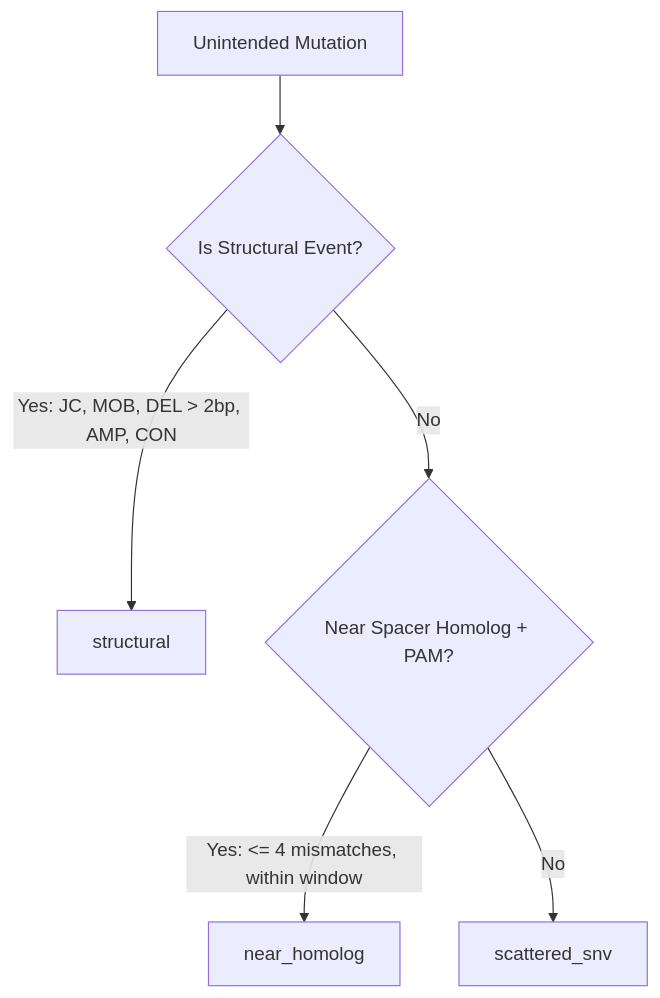
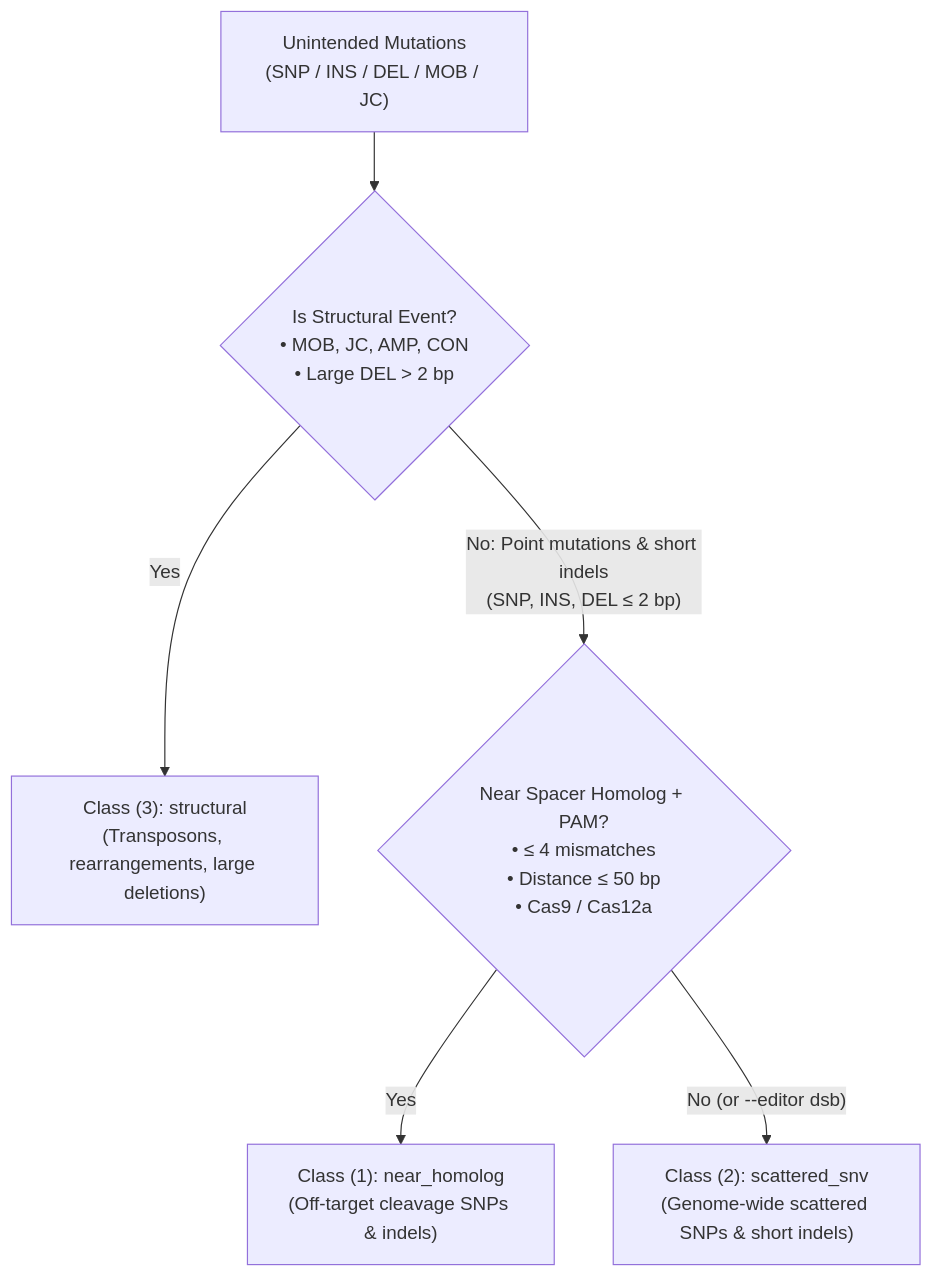
Before and after one commit to Caizhaohui/ProkaDiff: the diagram in README.md, drawn with Mermaid. The commit also changed other lines of this file and 1 other file, not shown here.

Commit message:
docs: clarify mutation typing (SNP/indels) vs classification logic in README

````diff
--- a/README.md
+++ b/README.md
@@ -201,8 +220,8 @@
 ```mermaid
 graph TD
-    A[Unintended Mutation] --> B{Is Structural Event?}
-    B -- Yes: JC, MOB, DEL > 2bp, AMP, CON --> C[structural]
-    B -- No --> D{Near Spacer Homolog + PAM?}
-    D -- Yes: <= 4 mismatches, within window --> E[near_homolog]
-    D -- No --> F[scattered_snv]
+    A["Unintended Mutations<br/>(SNP / INS / DEL / MOB / JC)"] --> B{"Is Structural Event?<br/>• MOB, JC, AMP, CON<br/>• Large DEL > 2 bp"}
+    B -- "Yes" --> C["Class (3): structural<br/>(Transposons, rearrangements, large deletions)"]
+    B -- "No: Point mutations & short indels<br/>(SNP, INS, DEL ≤ 2 bp)" --> D{"Near Spacer Homolog + PAM?<br/>• ≤ 4 mismatches<br/>• Distance ≤ 50 bp<br/>• Cas9 / Cas12a"}
+    D -- "Yes" --> E["Class (1): near_homolog<br/>(Off-target cleavage SNPs & indels)"]
+    D -- "No (or --editor dsb)" --> F["Class (2): scattered_snv<br/>(Genome-wide scattered SNPs & short indels)"]
 ```
````
